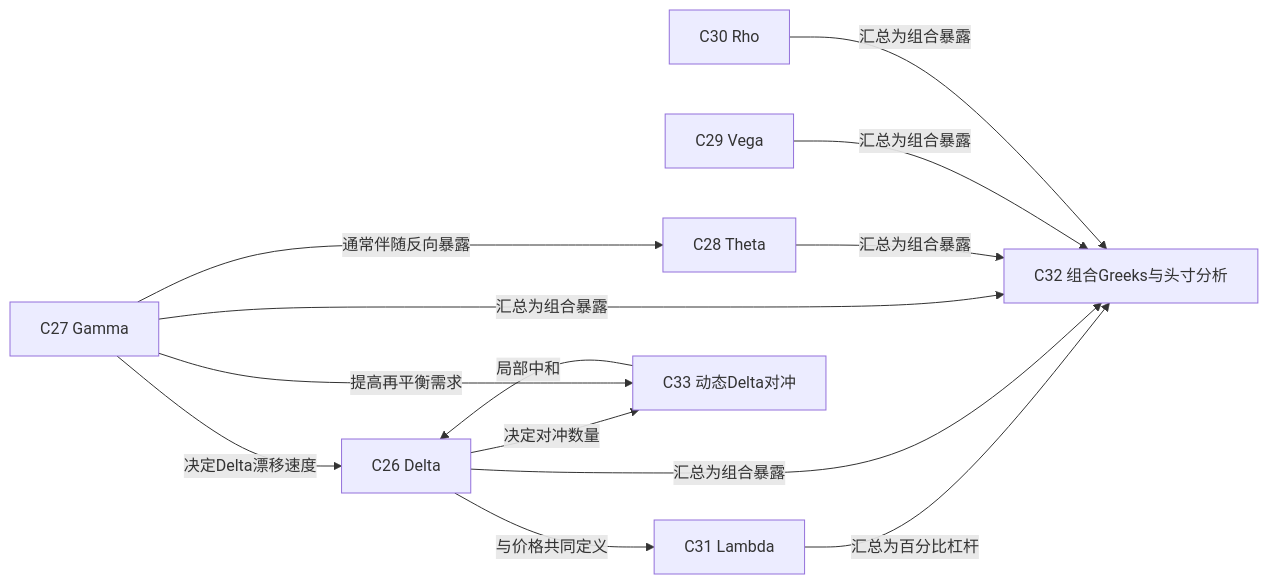
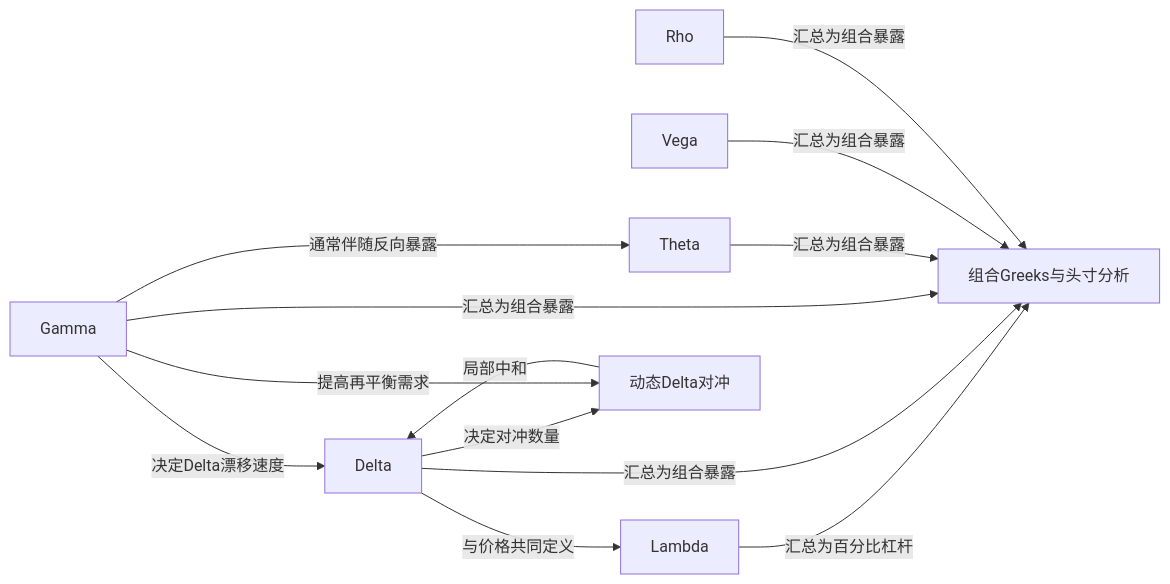
Before and after one commit to KIMMCHOW/MyKnowledge: the diagram in Knowledge/Concepts/经济/金融/衍生品/期权/References/Option Volatility and Pricing 双语版/知识图谱/Greeks与动态对冲.md, drawn with Mermaid. The commit also changed other lines of this file and 53 other files, not shown here.

Commit message:
cleanup: 期权知识图谱内容去除序号并同步生成与审计脚本

````diff
--- a/Knowledge/Concepts/经济/金融/衍生品/期权/References/Option Volatility and Pricing 双语版/知识图谱/Greeks与动态对冲.md
+++ b/Knowledge/Concepts/经济/金融/衍生品/期权/References/Option Volatility and Pricing 双语版/知识图谱/Greeks与动态对冲.md
@@ -26,23 +26,23 @@
 ```mermaid
 flowchart LR
-    C26["C26 Delta"]
-    C27["C27 Gamma"]
-    C28["C28 Theta"]
-    C29["C29 Vega"]
-    C30["C30 Rho"]
-    C31["C31 Lambda"]
-    C32["C32 组合Greeks与头寸分析"]
-    C33["C33 动态Delta对冲"]
-    C26 -->|"决定对冲数量"| C33
-    C27 -->|"决定Delta漂移速度"| C26
-    C27 -->|"提高再平衡需求"| C33
-    C27 -->|"通常伴随反向暴露"| C28
-    C26 -->|"与价格共同定义"| C31
-    C31 -->|"汇总为百分比杠杆"| C32
-    C26 -->|"汇总为组合暴露"| C32
-    C27 -->|"汇总为组合暴露"| C32
-    C28 -->|"汇总为组合暴露"| C32
-    C29 -->|"汇总为组合暴露"| C32
-    C30 -->|"汇总为组合暴露"| C32
-    C33 -->|"局部中和"| C26
+    Delta["Delta"]
+    Gamma["Gamma"]
+    Theta["Theta"]
+    Vega["Vega"]
+    Rho["Rho"]
+    Lambda["Lambda"]
+    PortfolioGreeksandPositionAnalysis["组合Greeks与头寸分析"]
+    DynamicDeltaHedging["动态Delta对冲"]
+    Delta -->|"决定对冲数量"| DynamicDeltaHedging
+    Gamma -->|"决定Delta漂移速度"| Delta
+    Gamma -->|"提高再平衡需求"| DynamicDeltaHedging
+    Gamma -->|"通常伴随反向暴露"| Theta
+    Delta -->|"与价格共同定义"| Lambda
+    Lambda -->|"汇总为百分比杠杆"| PortfolioGreeksandPositionAnalysis
+    Delta -->|"汇总为组合暴露"| PortfolioGreeksandPositionAnalysis
+    Gamma -->|"汇总为组合暴露"| PortfolioGreeksandPositionAnalysis
+    Theta -->|"汇总为组合暴露"| PortfolioGreeksandPositionAnalysis
+    Vega -->|"汇总为组合暴露"| PortfolioGreeksandPositionAnalysis
+    Rho -->|"汇总为组合暴露"| PortfolioGreeksandPositionAnalysis
+    DynamicDeltaHedging -->|"局部中和"| Delta
 ```
````
